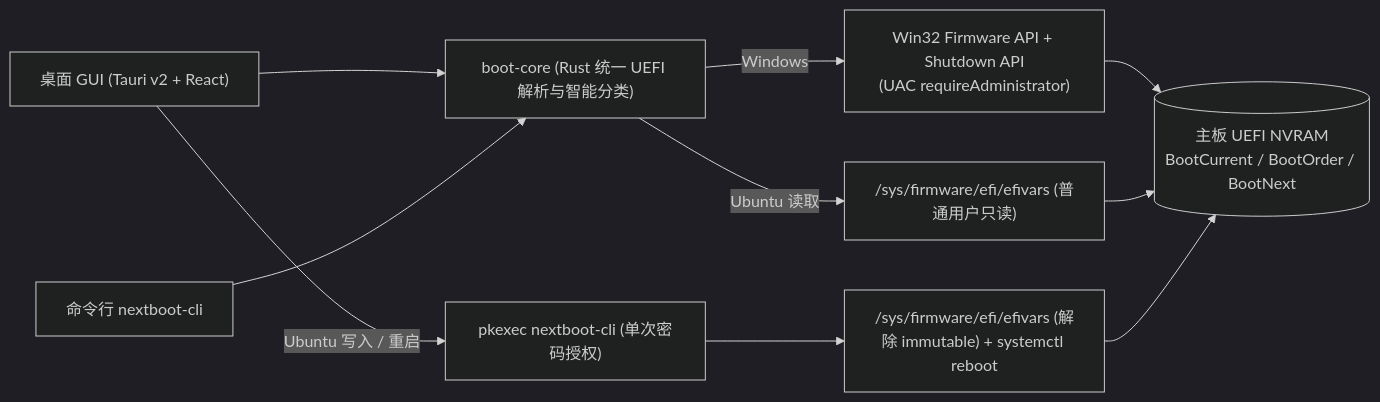
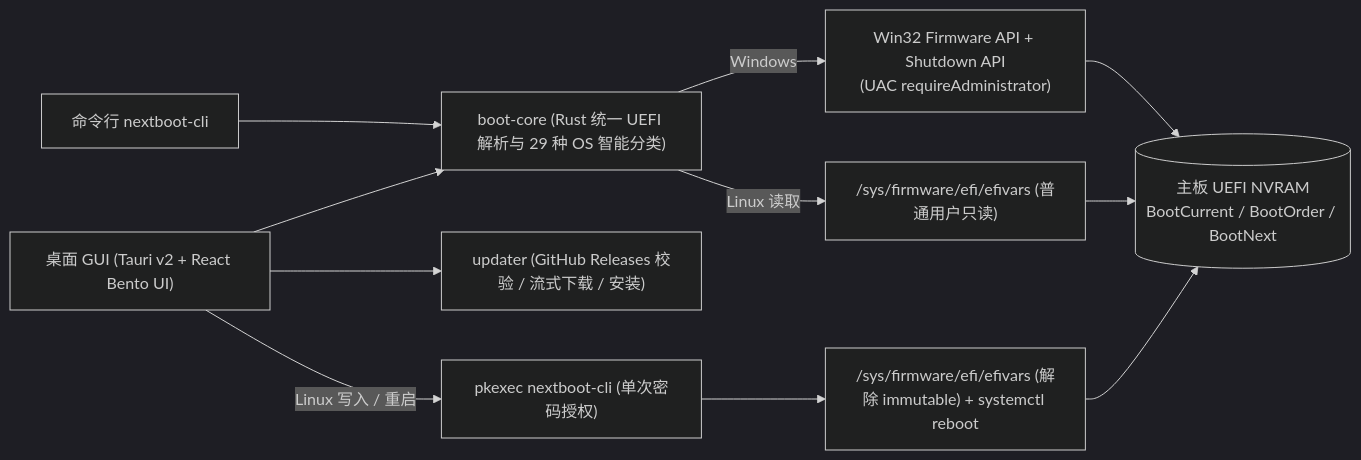
Before and after one commit to zhengbaiyang/nextboot: the diagram in README.md, drawn with Mermaid (dark theme). The commit also changed other lines of this file and 33 other files, not shown here.

Commit message:
feat: release v0.2.0 with Bento UI, 20+ Linux distros, and in-app auto-updater

````diff
--- a/README.md
+++ b/README.md
@@ -138,14 +185,15 @@
 ```mermaid
 flowchart LR
-    UI["桌面 GUI (Tauri v2 + React)"] --> Core["boot-core (Rust 统一 UEFI 解析与智能分类)"]
+    UI["桌面 GUI (Tauri v2 + React Bento UI)"] --> Core["boot-core (Rust 统一 UEFI 解析与 29 种 OS 智能分类)"]
+    UI --> Updater["updater (GitHub Releases 校验 / 流式下载 / 安装)"]
     CLI["命令行 nextboot-cli"] --> Core
 
     Core -->|Windows| WinAPI["Win32 Firmware API + Shutdown API<br/>(UAC requireAdministrator)"]
-    Core -->|Ubuntu 读取| EfiRead["/sys/firmware/efi/efivars (普通用户只读)"]
-    UI -->|Ubuntu 写入 / 重启| Pkexec["pkexec nextboot-cli (单次密码授权)"]
+    Core -->|Linux 读取| EfiRead["/sys/firmware/efi/efivars (普通用户只读)"]
+    UI -->|Linux 写入 / 重启| Pkexec["pkexec nextboot-cli (单次密码授权)"]
     Pkexec --> EfiWrite["/sys/firmware/efi/efivars (解除 immutable) + systemctl reboot"]
 
     WinAPI --> NVRAM[("主板 UEFI NVRAM<br/>BootCurrent / BootOrder / BootNext")]
     EfiRead --> NVRAM
     EfiWrite --> NVRAM
 ```
````
